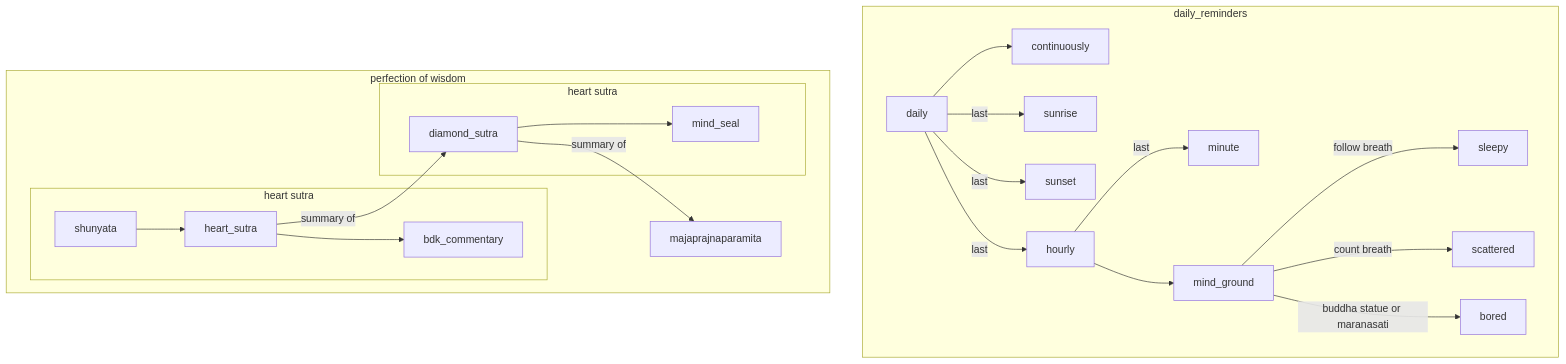
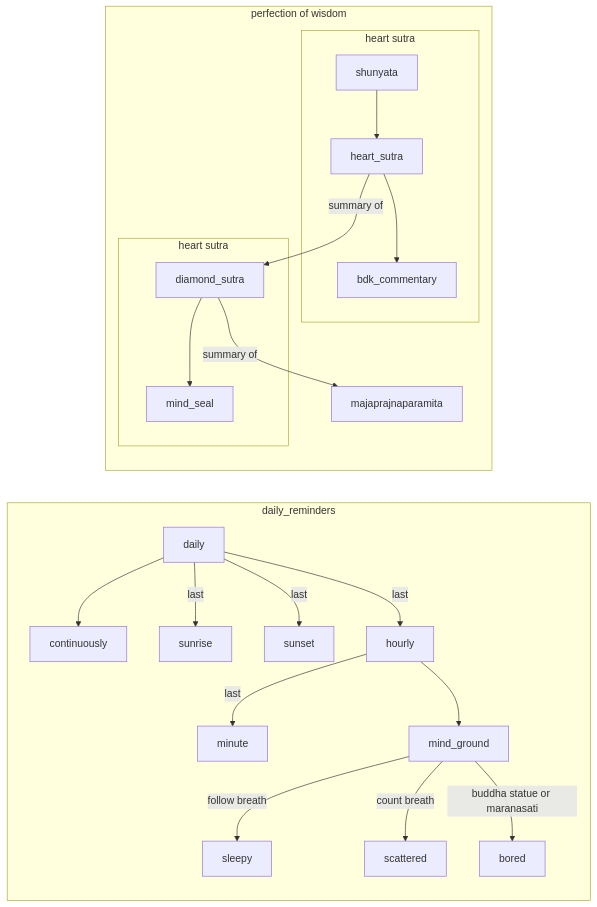
One commit to shane0/buddhism changed the second of 2 diagrams in docs/evening_ritual.md. Above: the diagram before and after it, drawn with Mermaid. The commit also changed other lines of this file and 3 other files, not shown here.

````diff
--- a/docs/evening_ritual.md
+++ b/docs/evening_ritual.md
@@ -51,50 +52,50 @@
 ```mermaid
-graph TD
+graph LR
 
 subgraph daily_reminders 
 daily
 -->
 continuously
 daily
 -- last -->
 sunrise & sunset & hourly
 hourly
 -- last -->
 minute
 
 hourly
 -->
 mind_ground
 -- follow breath --> 
 sleepy
 mind_ground
 -- count breath --> 
 scattered
 mind_ground
 -- buddha statue or maranasati--> 
 bored
 
 end
 
 subgraph perfection of wisdom
 subgraph heart sutra 
 shunyata
 -->
 heart_sutra
 -->
 bdk_commentary
 end
 heart_sutra
 -- summary of -->
 diamond_sutra
 
 subgraph heart sutra 
 diamond_sutra
 -->
 mind_seal
 end
 diamond_sutra
 -- summary of -->
 majaprajnaparamita
 end
 ```
````
